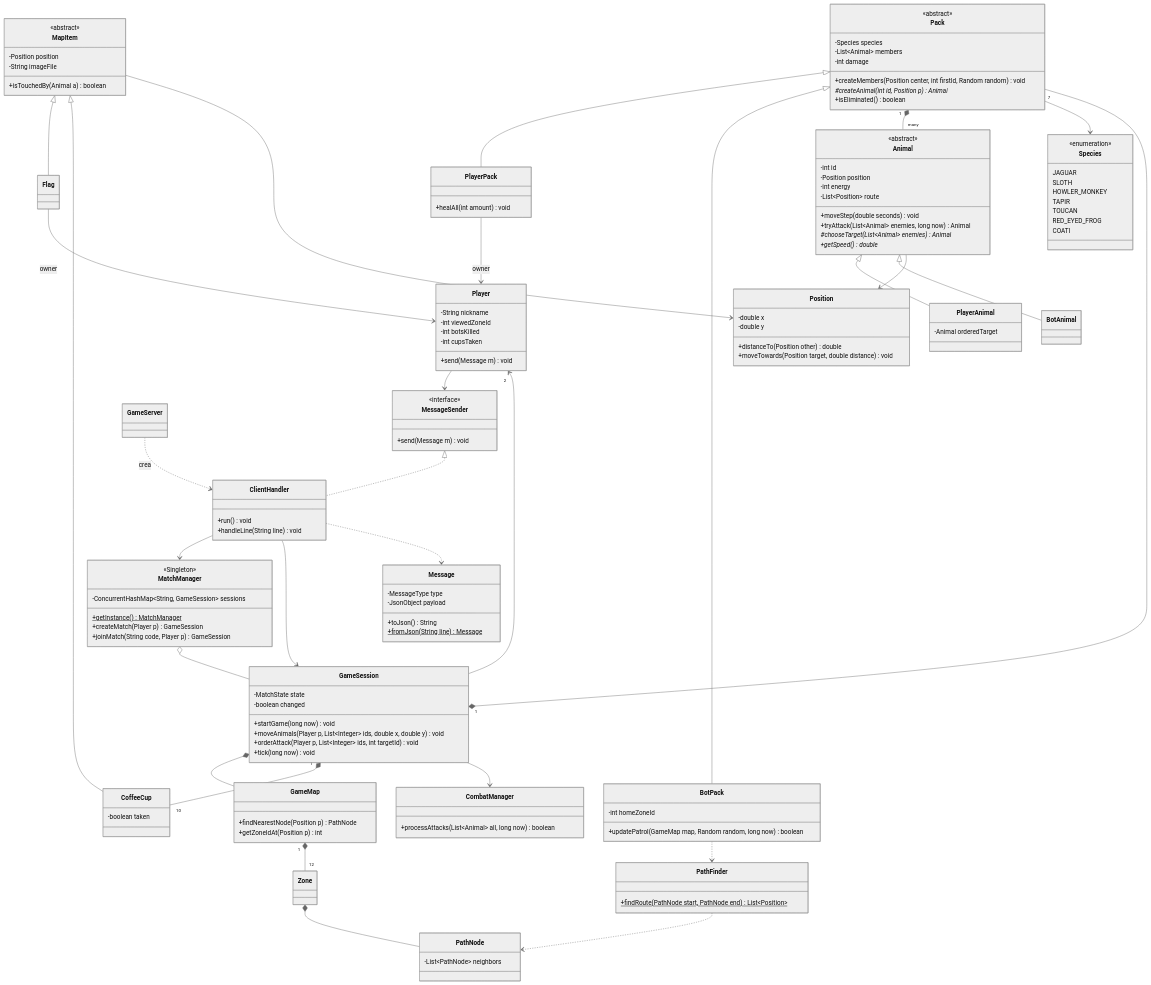
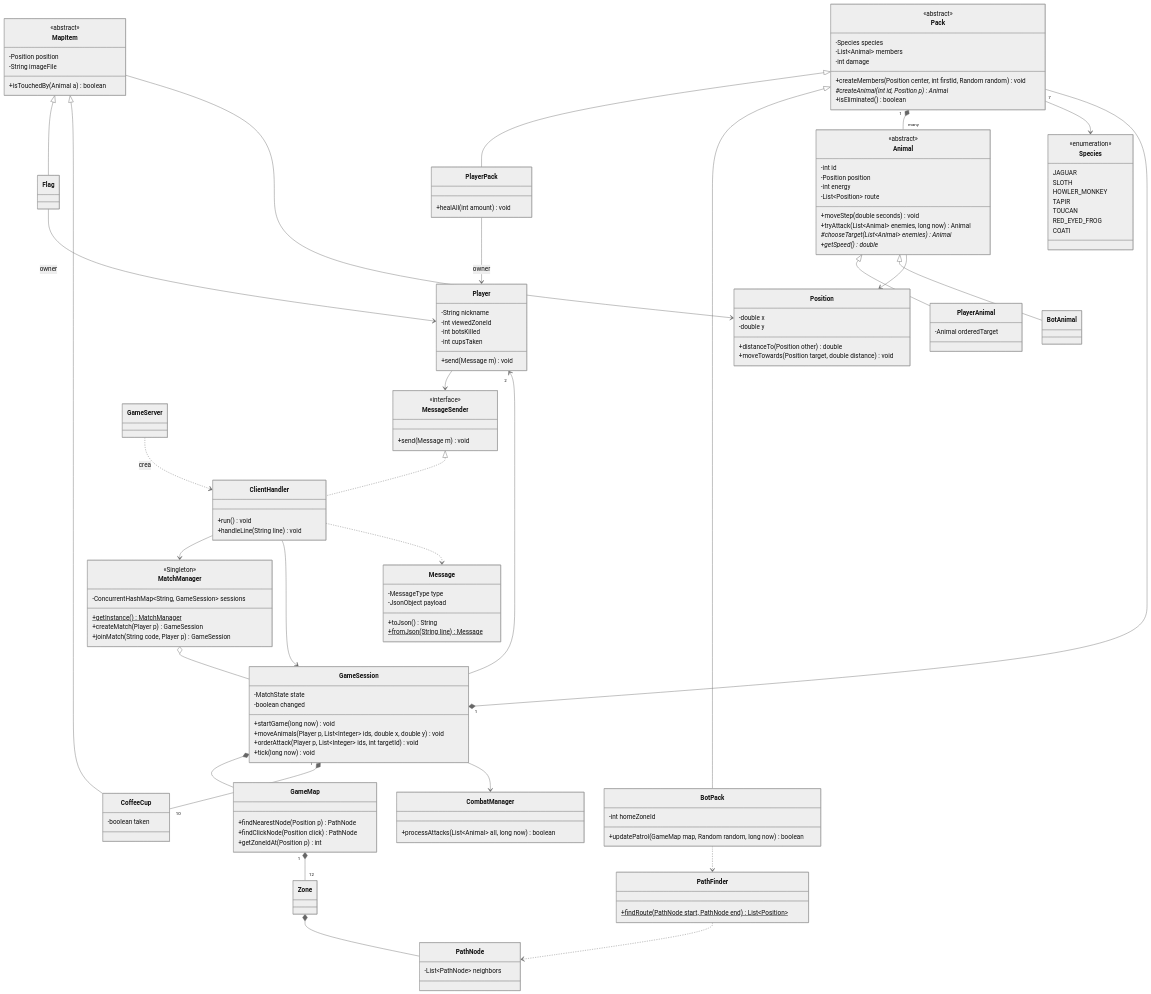
The diagram in CASO #2/Spec-admin.md (ChiefPat04/POO), drawn with Mermaid (neutral theme) before and after one commit. The commit also changed other lines of this file, not shown here.

```diff
--- a/CASO #2/Spec-admin.md
+++ b/CASO #2/Spec-admin.md
@@ -604,6 +607,7 @@
 
     class GameMap {
         +findNearestNode(Position p) PathNode
+        +findClickNode(Position click) PathNode
         +getZoneIdAt(Position p) int
     }
     class Zone
```
